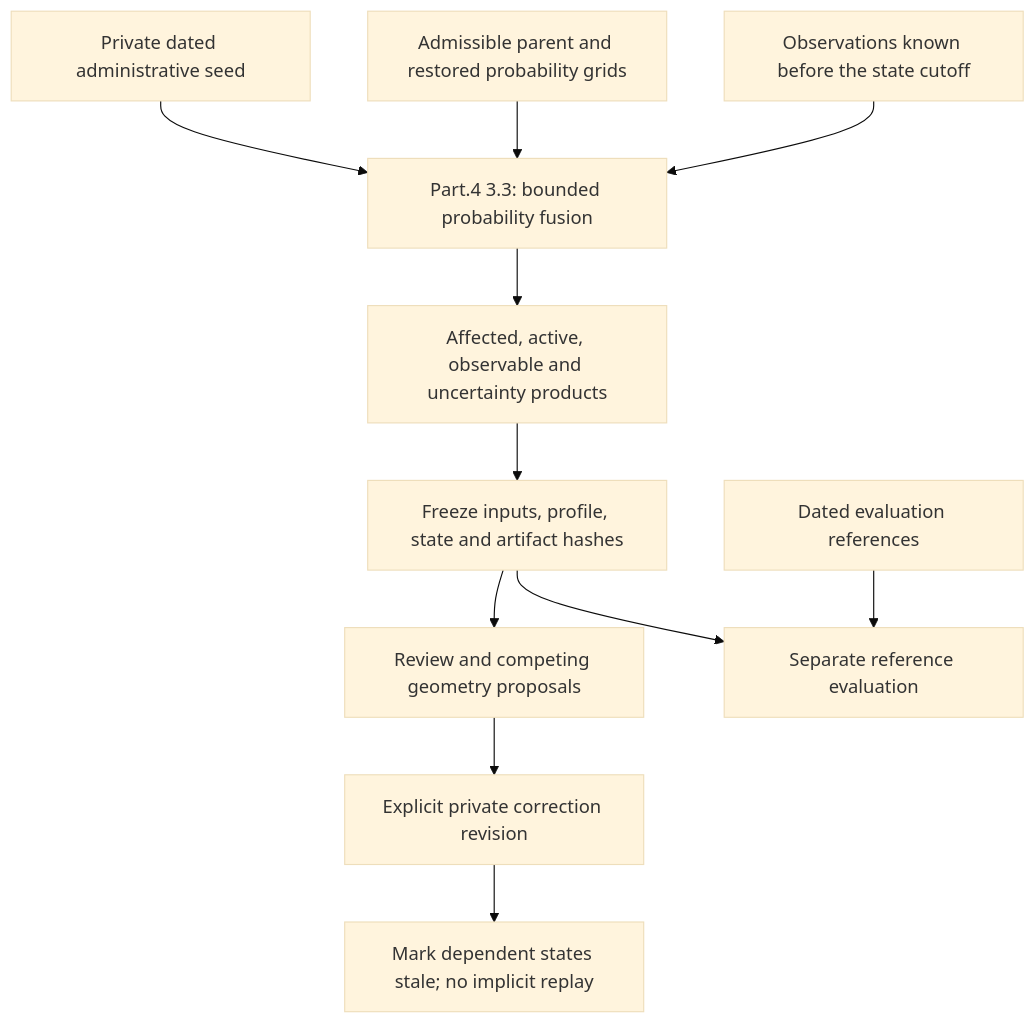
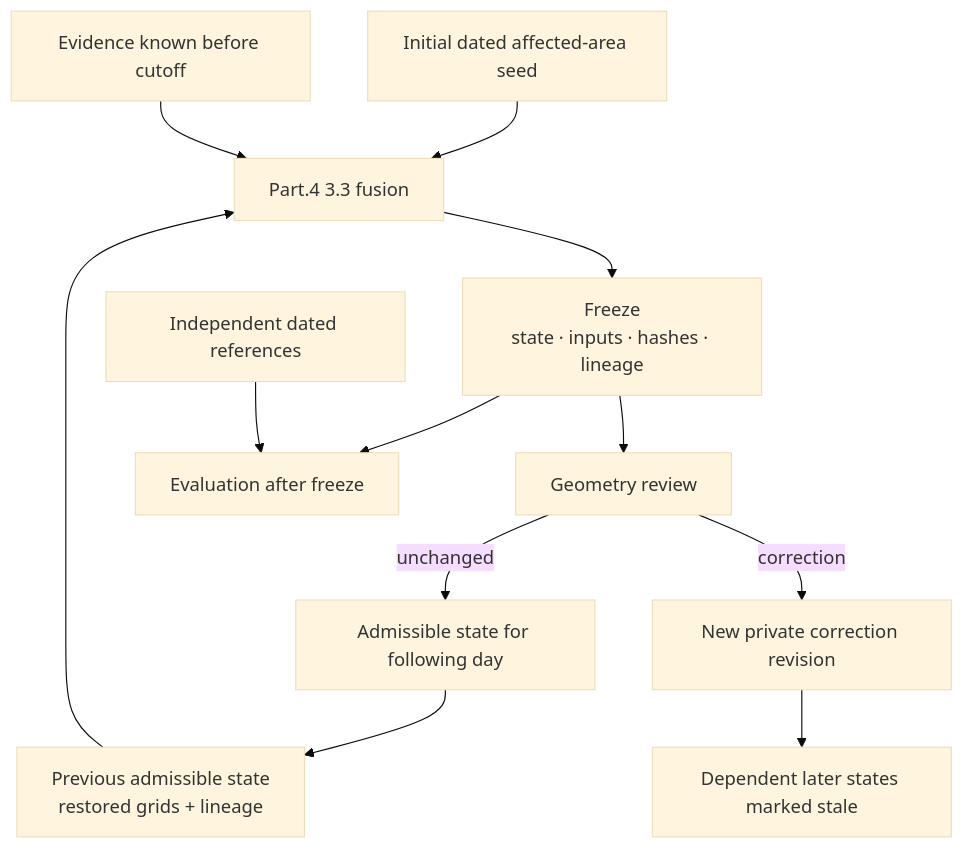
One commit to fireviewer/Fireviewer_doc changed the diagram in docs/public/RECONSTRUCTION.md. Above: the diagram before and after it, drawn with Mermaid (base theme). The commit also changed other lines of this file and 9 other files, not shown here.

Commit message:
docs: add governance and refresh public architecture

````diff
--- a/docs/public/RECONSTRUCTION.md
+++ b/docs/public/RECONSTRUCTION.md
@@ -9,13 +7,17 @@
 ```mermaid
-flowchart TD
-    seed["Private dated administrative seed"] --> fusion["Part.4 3.3: bounded probability fusion"]
-    previous["Admissible parent and restored probability grids"] --> fusion
-    observations["Observations known before the state cutoff"] --> fusion
-    fusion --> state["Affected, active, observable and uncertainty products"]
-    state --> freeze["Freeze inputs, profile, state and artifact hashes"]
-    freeze --> review["Review and competing geometry proposals"]
-    review --> correction["Explicit private correction revision"]
-    correction --> stale["Mark dependent states stale; no implicit replay"]
-    freeze --> evaluation["Separate reference evaluation"]
-    references["Dated evaluation references"] --> evaluation
+flowchart TB
+    SEED["Initial dated affected-area seed"] --> FUSION["Part.4 3.3 fusion"]
+    PREVIOUS["Previous admissible state<br/>restored grids + lineage"] --> FUSION
+    EVIDENCE["Evidence known before cutoff"] --> FUSION
+
+    FUSION --> FREEZE["Freeze<br/>state · inputs · hashes · lineage"]
+    FREEZE --> REVIEW["Geometry review"]
+
+    REVIEW -->|unchanged| NEXT["Admissible state for following day"]
+    REVIEW -->|correction| REVISION["New private correction revision"]
+    REVISION --> STALE["Dependent later states marked stale"]
+    NEXT --> PREVIOUS
+
+    FREEZE --> EVALUATION["Evaluation after freeze"]
+    REFERENCES["Independent dated references"] --> EVALUATION
 ```
````
